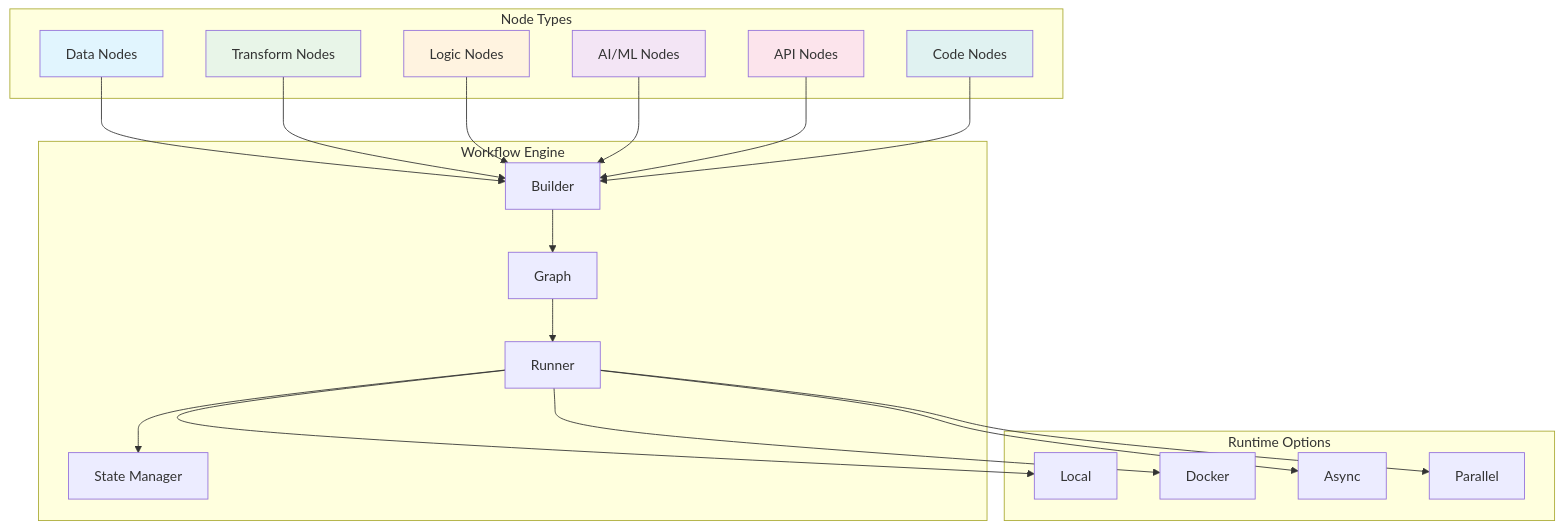
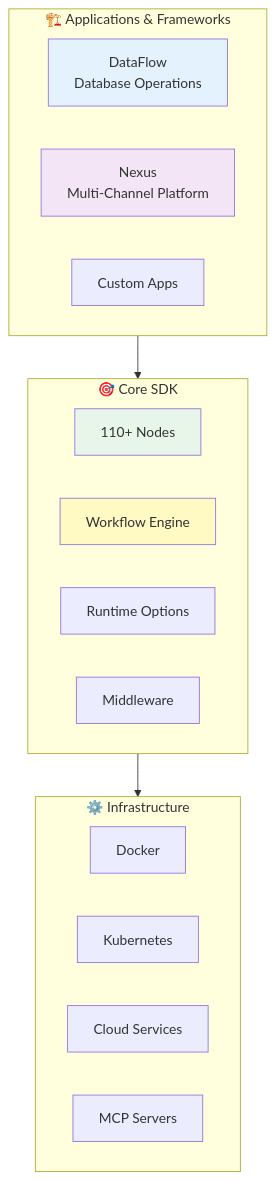
The diagram in docs/index.rst (terrene-foundation/kailash-py), drawn with Mermaid before and after one commit. The commit also changed other lines of this file and 66 other files, not shown here.

```diff
--- a/docs/index.rst
+++ b/docs/index.rst
@@ -436,48 +182,30 @@
 .. mermaid::
 
    graph TB
-       subgraph NodeTypes["Node Types"]
-           A[Data Nodes]
-           B[Transform Nodes]
-           C[Logic Nodes]
-           D[AI/ML Nodes]
-           E[API Nodes]
-           F[Code Nodes]
+       subgraph Applications["🏗️ Applications & Frameworks"]
+           DataFlow[DataFlow<br/>Database Operations]
+           Nexus[Nexus<br/>Multi-Channel Platform]
+           Custom[Custom Apps]
        end
 
-       subgraph WorkflowEngine["Workflow Engine"]
-           G[Builder]
-           H[Graph]
-           I[Runner]
-           J[State Manager]
+       subgraph SDK["🎯 Core SDK"]
+           Nodes[110+ Nodes]
+           Workflow[Workflow Engine]
+           Runtime[Runtime Options]
+           Middleware[Middleware]
        end
 
-       subgraph Runtime["Runtime Options"]
-           K[Local]
-           L[Docker]
-           M[Async]
-           N[Parallel]
+       subgraph Infrastructure["⚙️ Infrastructure"]
+           Docker[Docker]
+           K8s[Kubernetes]
+           Cloud[Cloud Services]
+           MCP[MCP Servers]
        end
 
-       A --> G
-       B --> G
-       C --> G
-       D --> G
-       E --> G
-       F --> G
+       Applications --> SDK
+       SDK --> Infrastructure
 
-       G --> H
-       H --> I
-       I --> J
-
-       I --> K
-       I --> L
-       I --> M
-       I --> N
-
-       style A fill:#e1f5fe
-       style B fill:#e8f5e8
-       style C fill:#fff3e0
-       style D fill:#f3e5f5
-       style E fill:#fce4ec
-       style F fill:#e0f2f1
+       style DataFlow fill:#e3f2fd
+       style Nexus fill:#f3e5f5
+       style Nodes fill:#e8f5e9
+       style Workflow fill:#fff9c4
```
